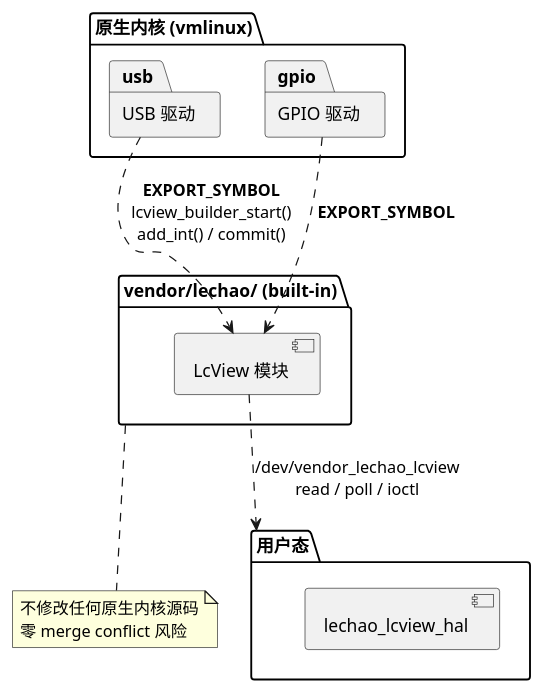
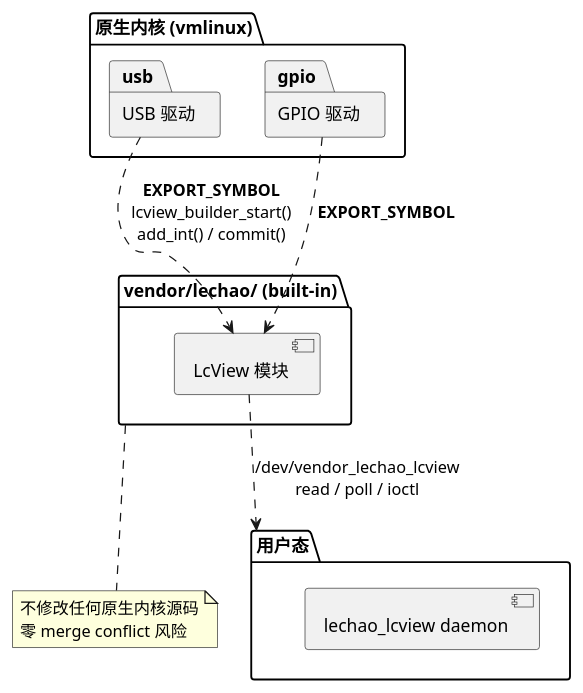
One commit to lechao365/AndroidSystemEnhance changed diagram 16 of 16 in docs/01-打点增强/01.01-内核态增强-lcview-kernel.md. Above: the diagram before and after it, drawn with PlantUML. The commit also changed other lines of this file and 199 other files, not shown here.

````diff
--- a/docs/01-打点增强/01.01-内核态增强-lcview-kernel.md
+++ b/docs/01-打点增强/01.01-内核态增强-lcview-kernel.md
@@ -767,21 +778,21 @@
 ```plantuml
 @startuml
 package "原生内核 (vmlinux)" as kernel {
     package "USB 驱动" as usb
     package "GPIO 驱动" as gpio
 }
 package "vendor/lechao/ (built-in)" as vendor {
     [LcView 模块] as lcview
 }
 package "用户态" as user {
-    [lechao_lcview_hal]
+    [lechao_lcview daemon]
 }
 
 usb ..> lcview : **EXPORT_SYMBOL**\nlcview_builder_start()\nadd_int() / commit()
 gpio ..> lcview : **EXPORT_SYMBOL**
 
 lcview ..> user : /dev/vendor_lechao_lcview\nread / poll / ioctl
 
 note bottom of vendor : 不修改任何原生内核源码\n零 merge conflict 风险
 @enduml
 ```
````
